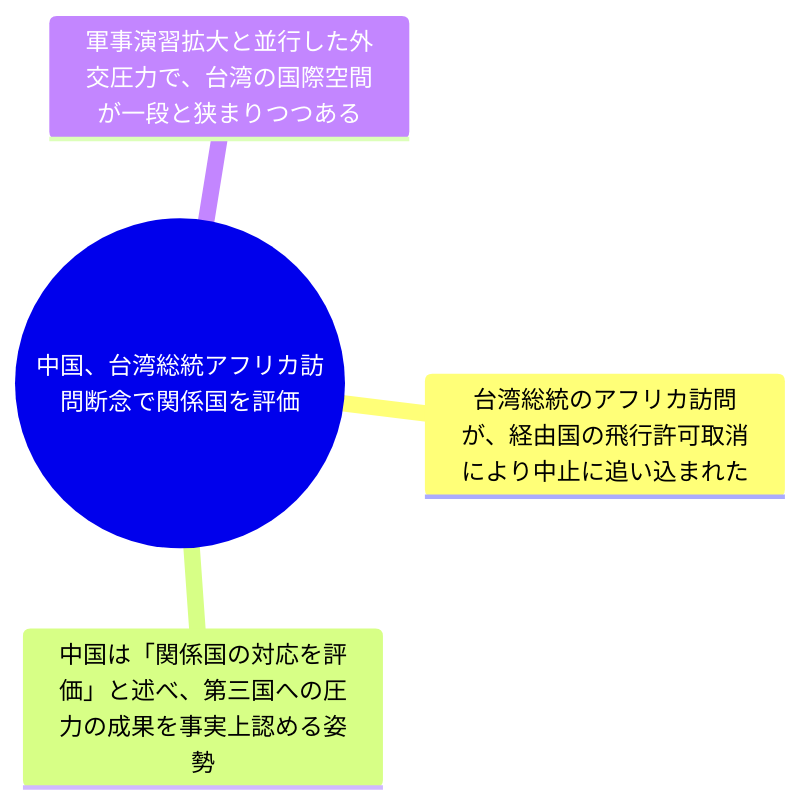
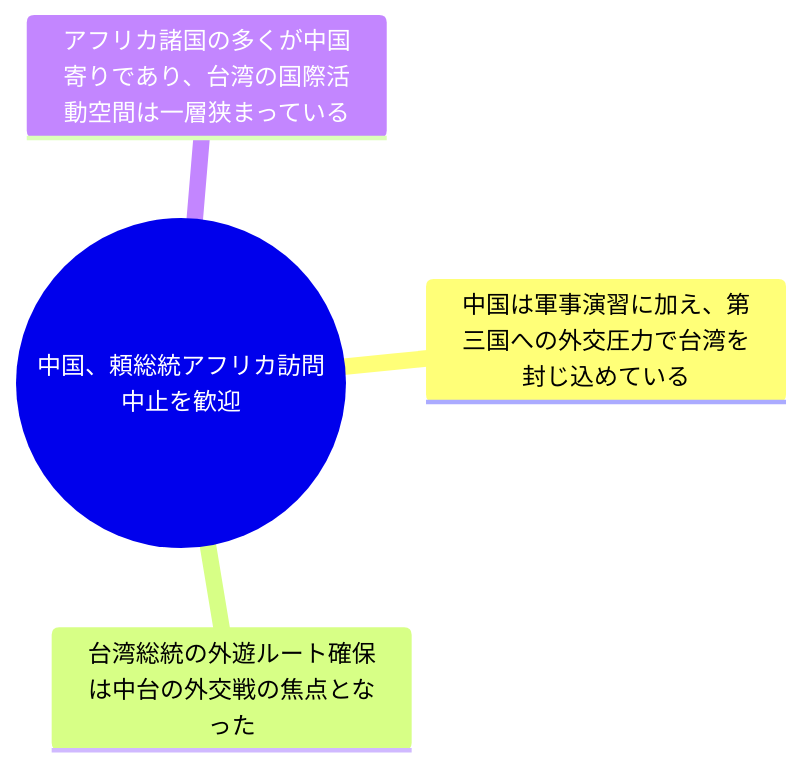
Before and after one commit to YUUUyutaro/tiseigaku: diagram 20 of 20 in docs/reports/2026-04-23.md, drawn with Mermaid. The commit also changed other lines of this file and 3 other files, not shown here.

````diff
--- a/docs/reports/2026-04-23.md
+++ b/docs/reports/2026-04-23.md
@@ -188,7 +397,7 @@
 ```mermaid
 mindmap
-  root((中国、台湾総統アフリカ訪問断念で関係国を評価))
-    台湾総統のアフリカ訪問が、経由国の飛行許可取消により中止に追い込まれた
-    中国は「関係国の対応を評価」と述べ、第三国への圧力の成果を事実上認める姿勢
-    軍事演習拡大と並行した外交圧力で、台湾の国際空間が一段と狭まりつつある
+  root((中国、頼総統アフリカ訪問中止を歓迎))
+    中国は軍事演習に加え、第三国への外交圧力で台湾を封じ込めている
+    台湾総統の外遊ルート確保は中台の外交戦の焦点となった
+    アフリカ諸国の多くが中国寄りであり、台湾の国際活動空間は一層狭まっている
 ```
````
